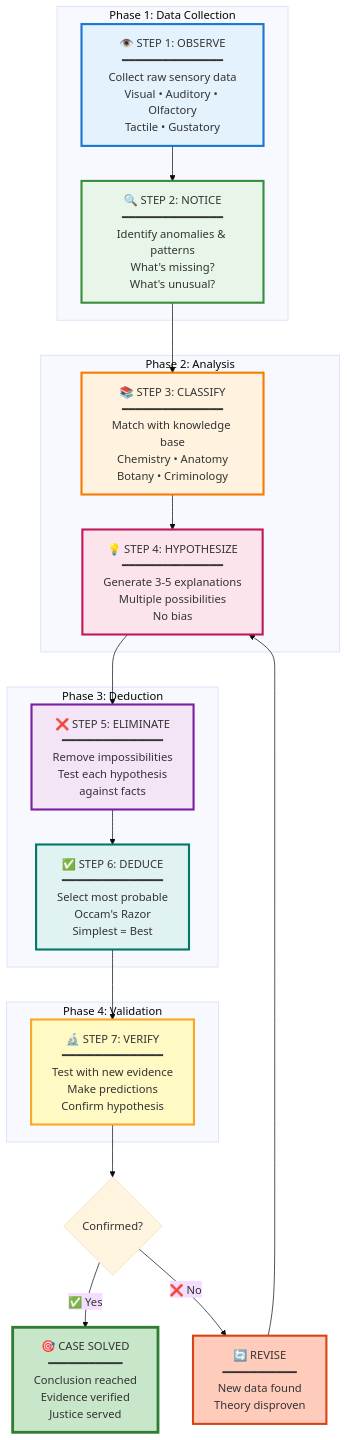
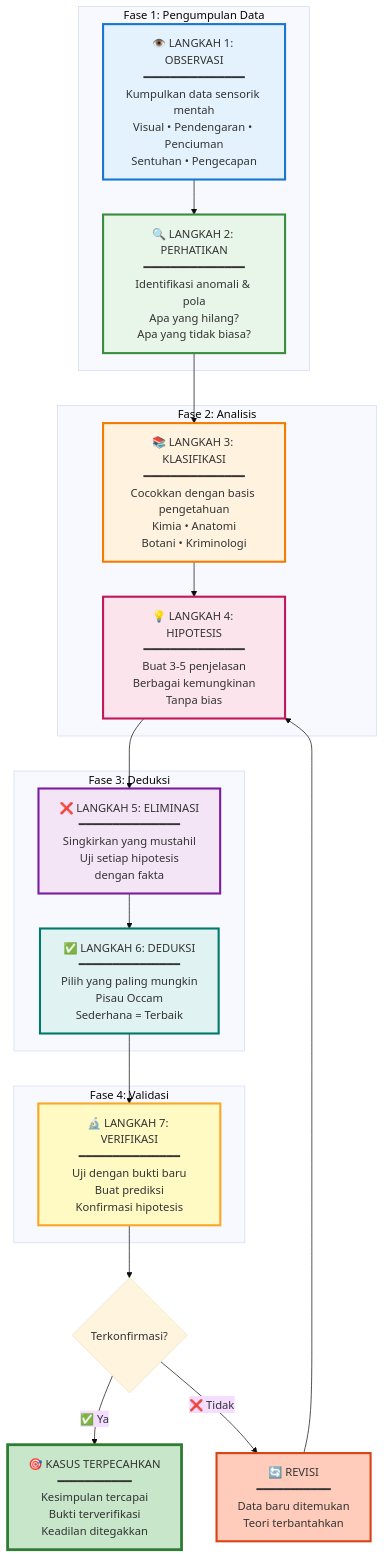
Before and after one commit to dwirx/BangunAI-Blog: the first of 4 diagrams in src/content/writing/sherlock-holmes-proses-penalaran-dan-ilmu.mdx, drawn with Mermaid (base theme). The commit also changed other lines of this file, not shown here.

````diff
--- a/src/content/writing/sherlock-holmes-proses-penalaran-dan-ilmu.mdx
+++ b/src/content/writing/sherlock-holmes-proses-penalaran-dan-ilmu.mdx
@@ -40,42 +40,42 @@
 ```mermaid
 graph TB
-    subgraph "Phase 1: Data Collection"
-        A["👁️ STEP 1: OBSERVE<br/>━━━━━━━━━━━━━━━<br/>Collect raw sensory data<br/>Visual • Auditory • Olfactory<br/>Tactile • Gustatory"]
-        B["🔍 STEP 2: NOTICE<br/>━━━━━━━━━━━━━━━<br/>Identify anomalies & patterns<br/>What's missing?<br/>What's unusual?"]
+    subgraph "Fase 1: Pengumpulan Data"
+        A["👁️ LANGKAH 1: OBSERVASI<br/>━━━━━━━━━━━━━━━<br/>Kumpulkan data sensorik mentah<br/>Visual • Pendengaran • Penciuman<br/>Sentuhan • Pengecapan"]
+        B["🔍 LANGKAH 2: PERHATIKAN<br/>━━━━━━━━━━━━━━━<br/>Identifikasi anomali & pola<br/>Apa yang hilang?<br/>Apa yang tidak biasa?"]
     end
     
-    subgraph "Phase 2: Analysis"
-        C["📚 STEP 3: CLASSIFY<br/>━━━━━━━━━━━━━━━<br/>Match with knowledge base<br/>Chemistry • Anatomy<br/>Botany • Criminology"]
-        D["💡 STEP 4: HYPOTHESIZE<br/>━━━━━━━━━━━━━━━<br/>Generate 3-5 explanations<br/>Multiple possibilities<br/>No bias"]
+    subgraph "Fase 2: Analisis"
+        C["📚 LANGKAH 3: KLASIFIKASI<br/>━━━━━━━━━━━━━━━<br/>Cocokkan dengan basis pengetahuan<br/>Kimia • Anatomi<br/>Botani • Kriminologi"]
+        D["💡 LANGKAH 4: HIPOTESIS<br/>━━━━━━━━━━━━━━━<br/>Buat 3-5 penjelasan<br/>Berbagai kemungkinan<br/>Tanpa bias"]
     end
     
-    subgraph "Phase 3: Deduction"
-        E["❌ STEP 5: ELIMINATE<br/>━━━━━━━━━━━━━━━<br/>Remove impossibilities<br/>Test each hypothesis<br/>against facts"]
-        F["✅ STEP 6: DEDUCE<br/>━━━━━━━━━━━━━━━<br/>Select most probable<br/>Occam's Razor<br/>Simplest = Best"]
+    subgraph "Fase 3: Deduksi"
+        E["❌ LANGKAH 5: ELIMINASI<br/>━━━━━━━━━━━━━━━<br/>Singkirkan yang mustahil<br/>Uji setiap hipotesis<br/>dengan fakta"]
+        F["✅ LANGKAH 6: DEDUKSI<br/>━━━━━━━━━━━━━━━<br/>Pilih yang paling mungkin<br/>Pisau Occam<br/>Sederhana = Terbaik"]
     end
     
-    subgraph "Phase 4: Validation"
-        G["🔬 STEP 7: VERIFY<br/>━━━━━━━━━━━━━━━<br/>Test with new evidence<br/>Make predictions<br/>Confirm hypothesis"]
+    subgraph "Fase 4: Validasi"
+        G["🔬 LANGKAH 7: VERIFIKASI<br/>━━━━━━━━━━━━━━━<br/>Uji dengan bukti baru<br/>Buat prediksi<br/>Konfirmasi hipotesis"]
     end
     
     A --> B
     B --> C
     C --> D
     D --> E
     E --> F
     F --> G
-    G --> H{Confirmed?}
-    H -->|"✅ Yes"| I["🎯 CASE SOLVED<br/>━━━━━━━━━━━<br/>Conclusion reached<br/>Evidence verified<br/>Justice served"]
-    H -->|"❌ No"| J["🔄 REVISE<br/>━━━━━━━━━━━<br/>New data found<br/>Theory disproven"]
+    G --> H{Terkonfirmasi?}
+    H -->|"✅ Ya"| I["🎯 KASUS TERPECAHKAN<br/>━━━━━━━━━━━<br/>Kesimpulan tercapai<br/>Bukti terverifikasi<br/>Keadilan ditegakkan"]
+    H -->|"❌ Tidak"| J["🔄 REVISI<br/>━━━━━━━━━━━<br/>Data baru ditemukan<br/>Teori terbantahkan"]
     J --> D
     
     style A fill:#e3f2fd,stroke:#1976d2,stroke-width:3px
     style B fill:#e8f5e9,stroke:#388e3c,stroke-width:3px
     style C fill:#fff3e0,stroke:#f57c00,stroke-width:3px
     style D fill:#fce4ec,stroke:#c2185b,stroke-width:3px
     style E fill:#f3e5f5,stroke:#7b1fa2,stroke-width:3px
     style F fill:#e0f2f1,stroke:#00796b,stroke-width:3px
     style G fill:#fff9c4,stroke:#f9a825,stroke-width:3px
     style I fill:#c8e6c9,stroke:#2e7d32,stroke-width:4px
     style J fill:#ffccbc,stroke:#d84315,stroke-width:3px
 ```
````
